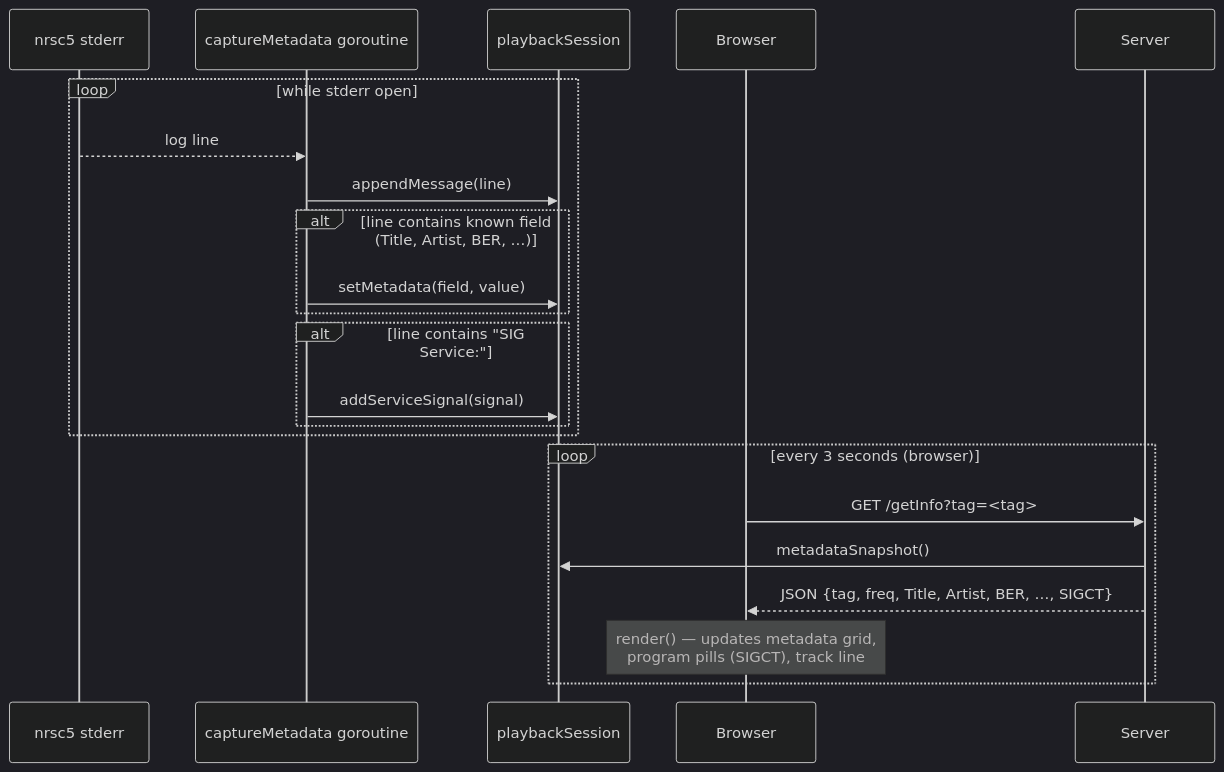
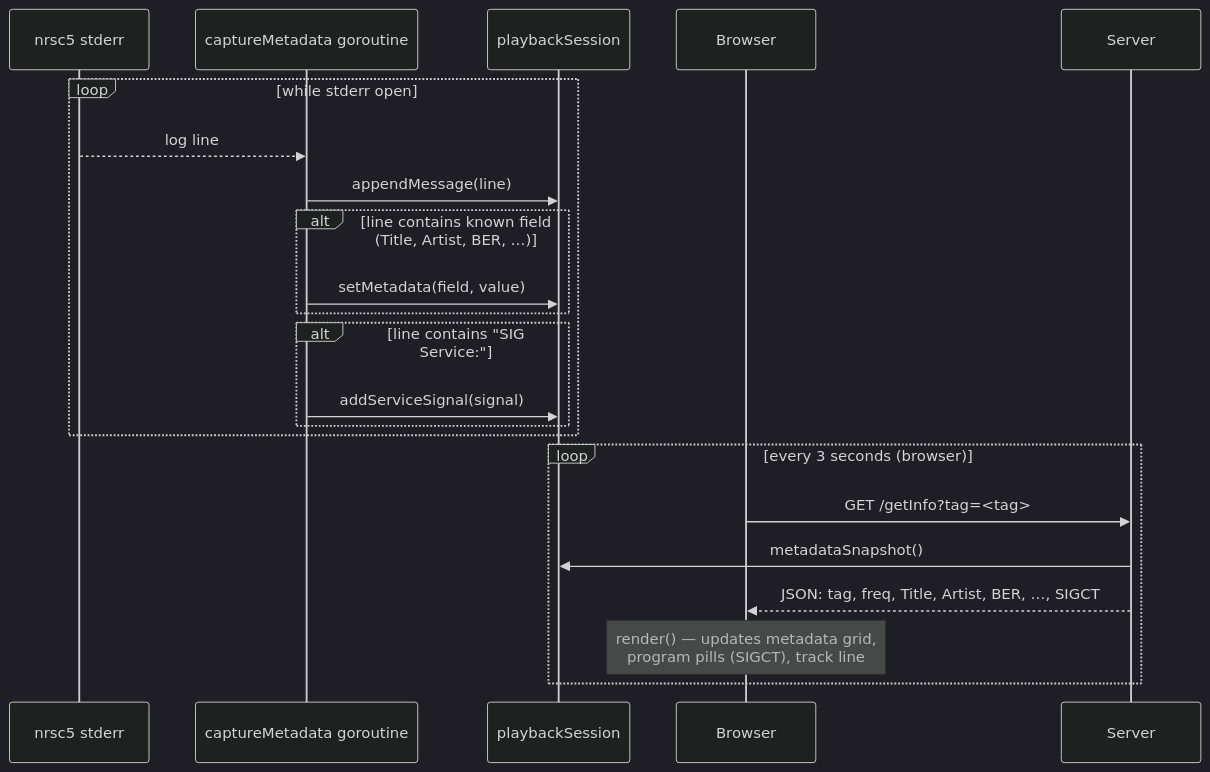
The seventh of 14 diagrams in docs/ARCHITECTURE.md (arharvey918/yellowShoes), drawn with Mermaid (dark theme) before and after one commit. The commit also changed other lines of this file, not shown here.

First line of the commit message:
docs: fix Mermaid syntax errors in sequence diagrams

````diff
--- a/docs/ARCHITECTURE.md
+++ b/docs/ARCHITECTURE.md
@@ -314,26 +315,26 @@
 ```mermaid
 sequenceDiagram
     participant nrsc5 as nrsc5 stderr
     participant captureMetadata as captureMetadata goroutine
     participant session as playbackSession
     participant Browser
     participant Server
 
     loop while stderr open
         nrsc5-->>captureMetadata: log line
         captureMetadata->>session: appendMessage(line)
         alt line contains known field (Title, Artist, BER, …)
             captureMetadata->>session: setMetadata(field, value)
         end
         alt line contains "SIG Service:"
             captureMetadata->>session: addServiceSignal(signal)
         end
     end
 
     loop every 3 seconds (browser)
         Browser->>Server: GET /getInfo?tag=<tag>
         Server->>session: metadataSnapshot()
-        Server-->>Browser: JSON {tag, freq, Title, Artist, BER, …, SIGCT}
+        Server-->>Browser: JSON: tag, freq, Title, Artist, BER, …, SIGCT
         Note over Browser: render() — updates metadata grid,<br/>program pills (SIGCT), track line
     end
 ```
````
